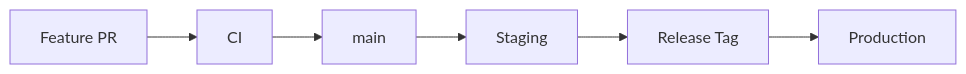
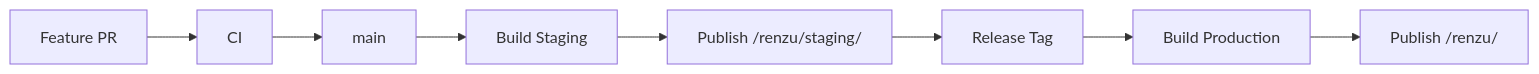
Before and after one commit to zeroLR/renzu: the second of 2 diagrams in docs/architecture.md, drawn with Mermaid. The commit also changed other lines of this file, not shown here.

````diff
--- a/docs/architecture.md
+++ b/docs/architecture.md
@@ -80,8 +105,10 @@
 ```mermaid
 flowchart LR
   A[Feature PR] --> B[CI]
   B --> C[main]
-  C --> D[Staging]
-  D --> E[Release Tag]
-  E --> F[Production]
+  C --> D[Build Staging]
+  D --> E[Publish /renzu/staging/]
+  E --> F[Release Tag]
+  F --> G[Build Production]
+  G --> H[Publish /renzu/]
 ```
````
